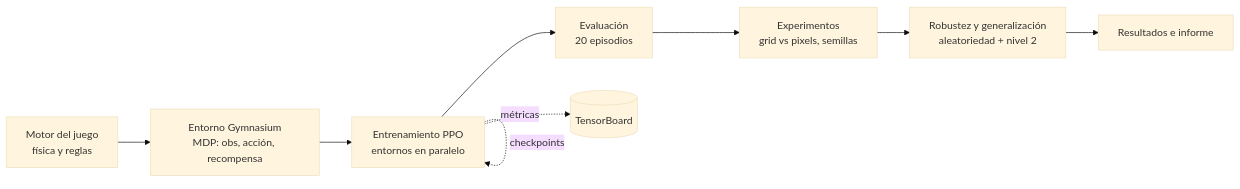
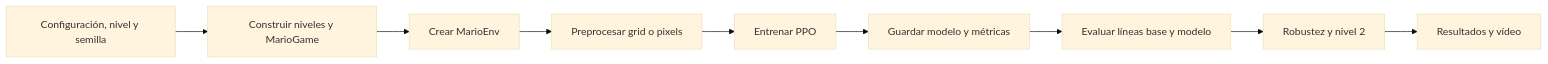
One commit to dani-g11/Mario-DRL changed the first of 2 diagrams in README.md. Above: the diagram before and after it, drawn with Mermaid (base theme). The commit also changed other lines of this file, not shown here.

````diff
--- a/README.md
+++ b/README.md
@@ -82,11 +99,11 @@
 ```mermaid
 flowchart LR
-    A[Motor del juego<br/>física y reglas] --> B[Entorno Gymnasium<br/>MDP: obs, acción, recompensa]
-    B --> C[Entrenamiento PPO<br/>entornos en paralelo]
-    C --> D[Evaluación<br/>20 episodios]
-    D --> E[Experimentos<br/>grid vs pixels, semillas]
-    E --> F[Robustez y generalización<br/>aleatoriedad + nivel 2]
-    F --> G[Resultados e informe]
-    C -. checkpoints .-> C
-    C -. métricas .-> H[(TensorBoard)]
+    A[Configuración, nivel y semilla] --> B[Construir niveles y MarioGame]
+    B --> C[Crear MarioEnv]
+    C --> D[Preprocesar grid o pixels]
+    D --> E[Entrenar PPO]
+    E --> F[Guardar modelo y métricas]
+    F --> G[Evaluar líneas base y modelo]
+    G --> H[Robustez y nivel 2]
+    H --> I[Resultados y vídeo]
 ```
````
